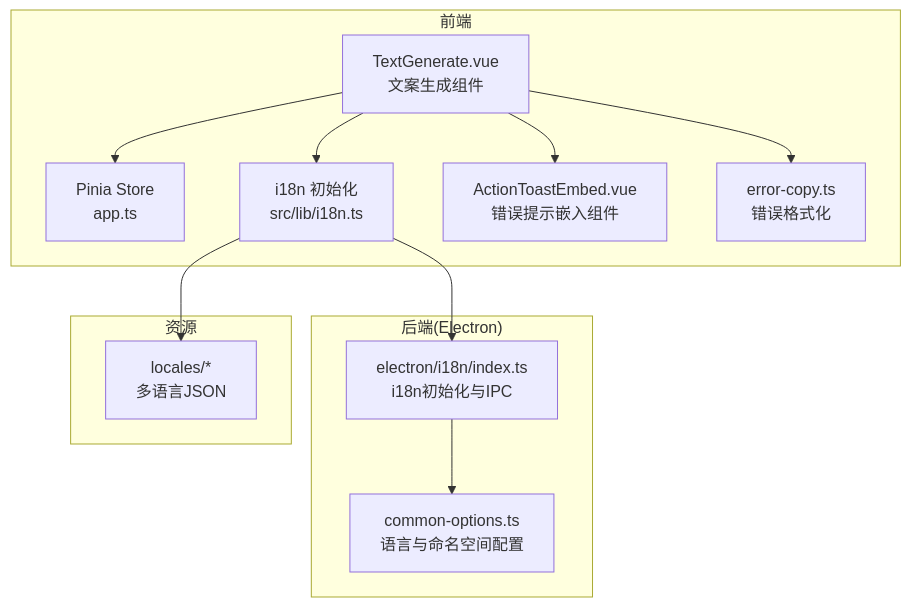
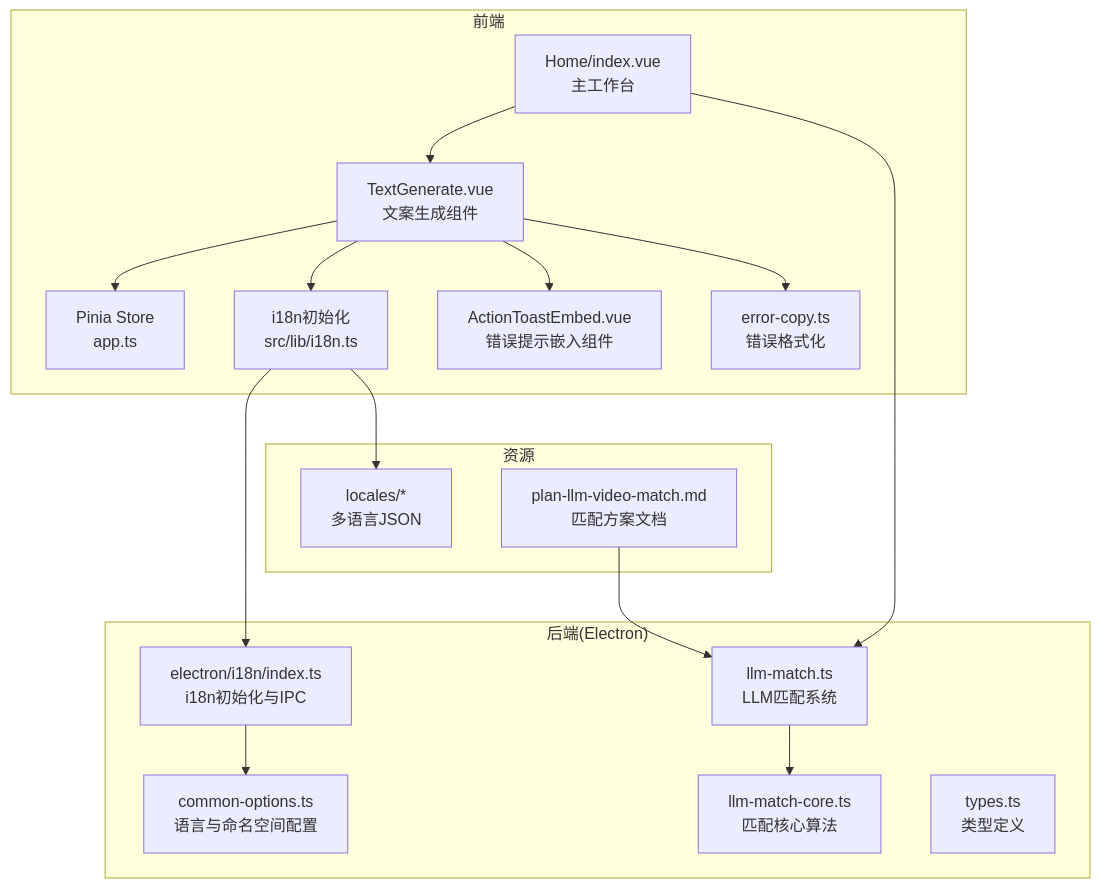
The first of 7 diagrams in .qoder/repowiki/zh/content/UI组件系统/文案生成组件.md (torans/crow.video), drawn with Mermaid before and after one commit. The commit also changed other lines of this file and 35 other files, not shown here.

````diff
--- a/.qoder/repowiki/zh/content/UI组件系统/文案生成组件.md
+++ b/.qoder/repowiki/zh/content/UI组件系统/文案生成组件.md
@@ -40,24 +58,33 @@
 ```mermaid
 graph TB
 subgraph "前端"
 TG["TextGenerate.vue<br/>文案生成组件"]
 Store["Pinia Store<br/>app.ts"]
-I18N["i18n 初始化<br/>src/lib/i18n.ts"]
+I18N["i18n初始化<br/>src/lib/i18n.ts"]
 Toast["ActionToastEmbed.vue<br/>错误提示嵌入组件"]
 ErrCopy["error-copy.ts<br/>错误格式化"]
+Home["Home/index.vue<br/>主工作台"]
 end
 subgraph "后端(Electron)"
 E_I18N["electron/i18n/index.ts<br/>i18n初始化与IPC"]
 E_CommonOpt["common-options.ts<br/>语言与命名空间配置"]
+LLM_Match["llm-match.ts<br/>LLM匹配系统"]
+LLM_Core["llm-match-core.ts<br/>匹配核心算法"]
+Types["types.ts<br/>类型定义"]
 end
 subgraph "资源"
 Locales["locales/*<br/>多语言JSON"]
+Plan["plan-llm-video-match.md<br/>匹配方案文档"]
 end
 TG --> Store
 TG --> I18N
 TG --> Toast
 TG --> ErrCopy
+Home --> TG
+Home --> LLM_Match
+LLM_Match --> LLM_Core
 I18N --> E_I18N
 E_I18N --> E_CommonOpt
 I18N --> Locales
+Plan --> LLM_Match
 ```
````
